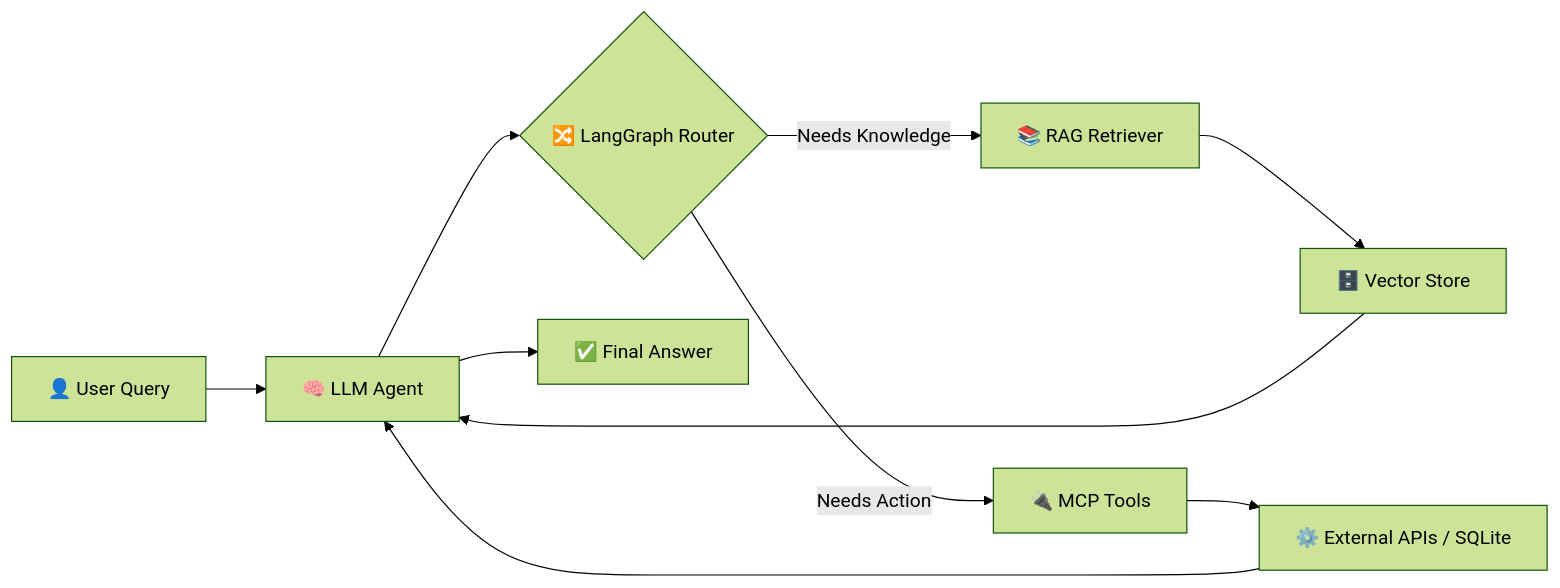
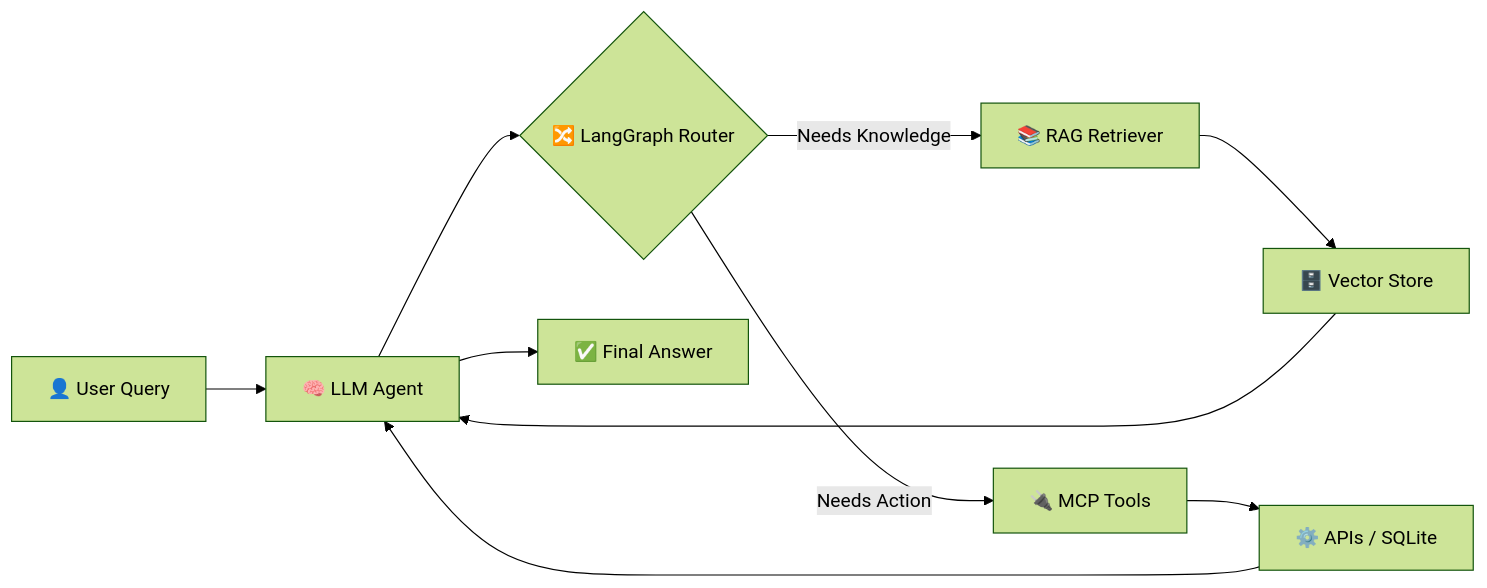
The diagram in README.md (rohitlonkar2006/rohitlonkar2006), drawn with Mermaid (forest theme) before and after one commit. The commit also changed other lines of this file, not shown here.

````diff
--- a/README.md
+++ b/README.md
@@ -84,12 +90,12 @@
 ```mermaid
 flowchart LR
     A[👤 User Query] --> B[🧠 LLM Agent]
     B --> C{🔀 LangGraph Router}
     C -->|Needs Knowledge| D[📚 RAG Retriever]
     C -->|Needs Action| E[🔌 MCP Tools]
     D --> F[🗄️ Vector Store]
-    E --> G[⚙️ External APIs / SQLite]
+    E --> G[⚙️ APIs / SQLite]
     F --> B
     G --> B
     B --> H[✅ Final Answer]
 ```
````
